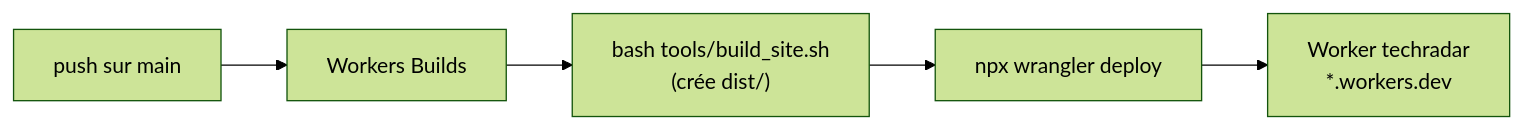
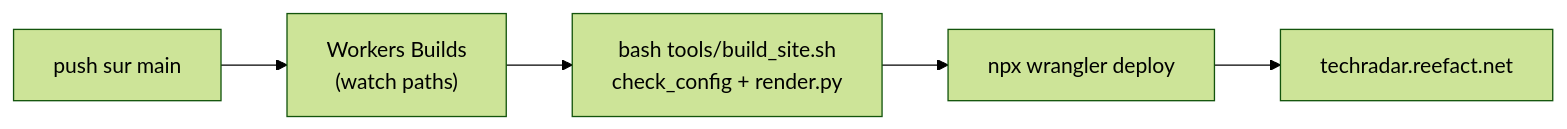
The diagram in docs/deploiement.md (Reefact/techradar), drawn with Mermaid (forest theme) before and after one commit. The commit also changed other lines of this file and 33 other files, not shown here.

First line of the commit message:
v2: daily data files, rendered site, /dossier/, config/, check_day, new skills and docs

````diff
--- a/docs/deploiement.md
+++ b/docs/deploiement.md
@@ -15,7 +14,7 @@
 ```mermaid
 flowchart LR
-    P["push sur main"] --> WB["Workers Builds"]
-    WB --> B["bash tools/build_site.sh<br/>(crée dist/)"]
+    P["push sur main"] --> WB["Workers Builds<br/>(watch paths)"]
+    WB --> B["bash tools/build_site.sh<br/>check_config + render.py"]
     B --> D["npx wrangler deploy"]
-    D --> W["Worker techradar<br/>*.workers.dev"]
+    D --> W["techradar.reefact.net"]
 ```
````
